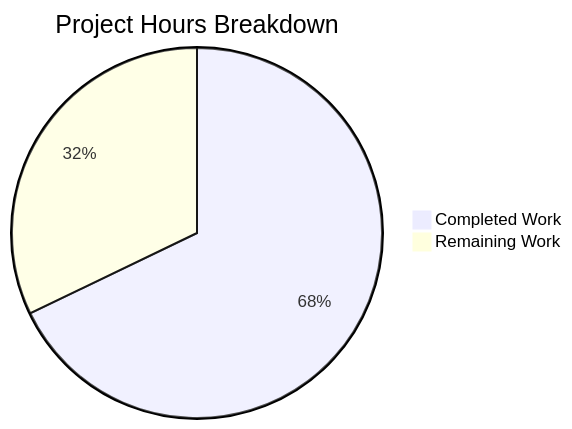
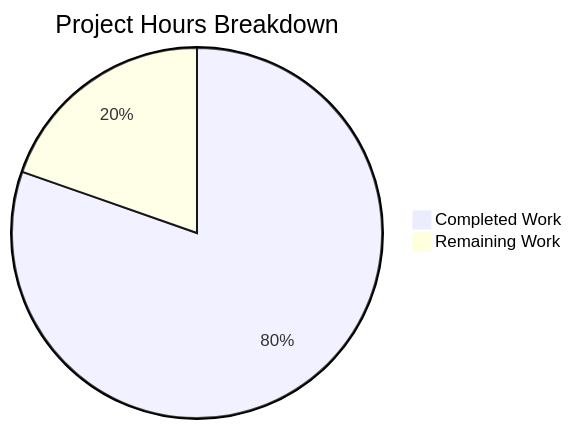
One commit to Blitzy-Sandbox/blitzy-exim changed the second of 2 diagrams in blitzy/documentation/Project Guide.md. Above: the diagram before and after it, drawn with Mermaid. The commit also changed other lines of this file and 19 other files, not shown here.

````diff
--- a/blitzy/documentation/Project Guide.md
+++ b/blitzy/documentation/Project Guide.md
@@ -303,5 +309,5 @@
 ```mermaid
 pie title Project Hours Breakdown
-    "Completed Work" : 760
-    "Remaining Work" : 360
+    "Completed Work" : 900
+    "Remaining Work" : 220
 ```
````
